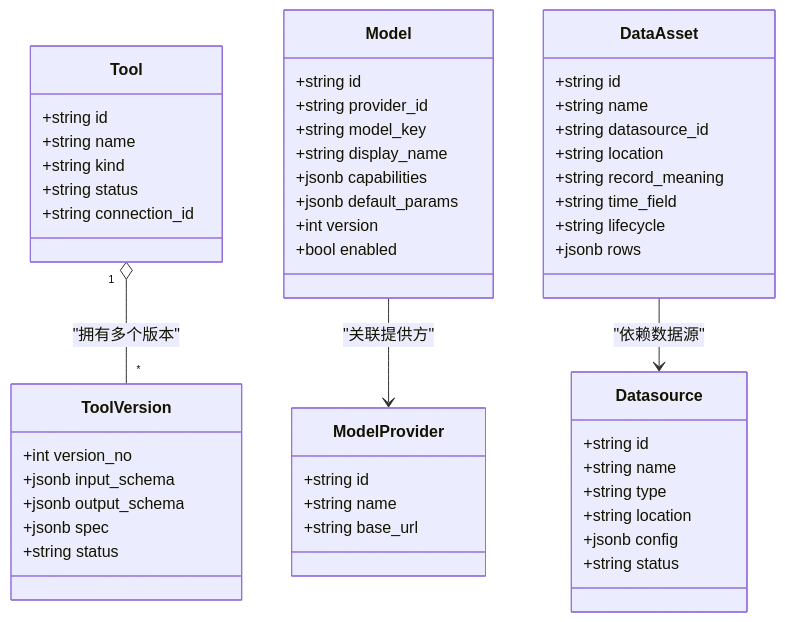
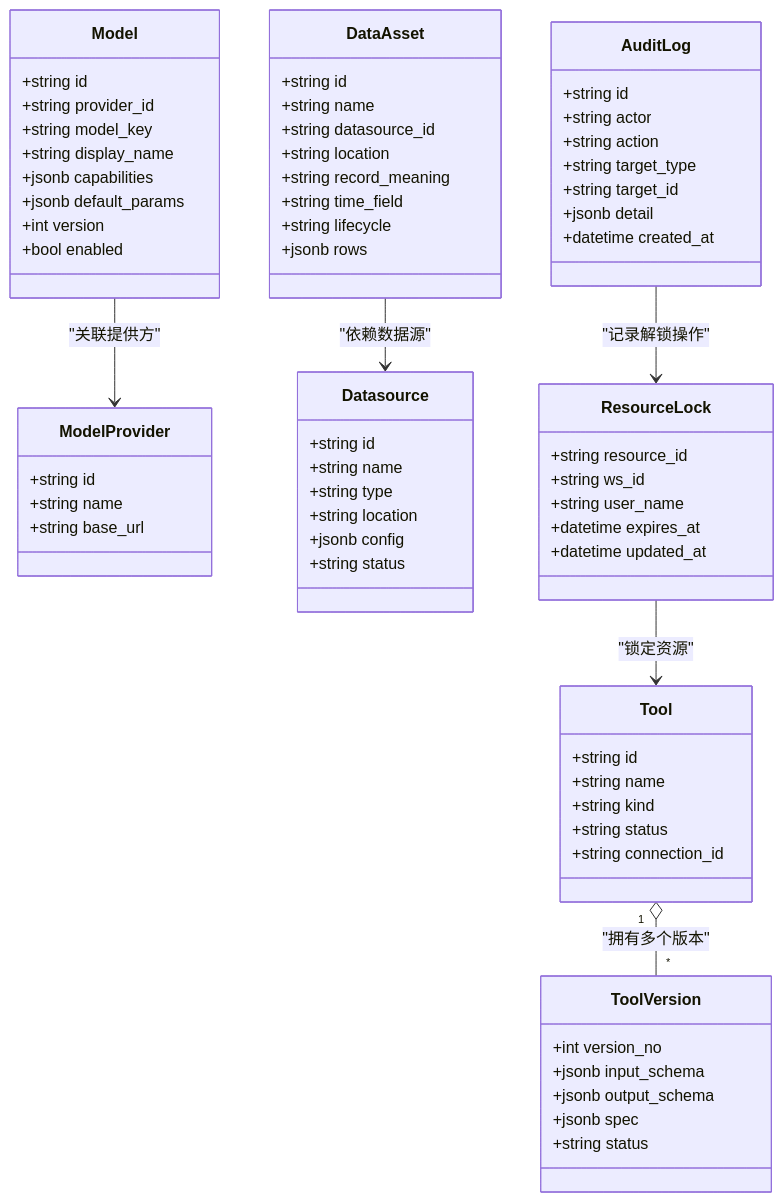
Before and after one commit to huiliuxu780/MoreThanCorn: the second of 2 diagrams in .qoder/repowiki/zh/content/资源管理域.md, drawn with Mermaid. The commit also changed other lines of this file and 125 other files, not shown here.

````diff
--- a/.qoder/repowiki/zh/content/资源管理域.md
+++ b/.qoder/repowiki/zh/content/资源管理域.md
@@ -112,53 +141,71 @@
 ```mermaid
 classDiagram
 class Tool {
 +string id
 +string name
 +string kind
 +string status
 +string connection_id
 }
 class ToolVersion {
 +int version_no
 +jsonb input_schema
 +jsonb output_schema
 +jsonb spec
 +string status
 }
 class Model {
 +string id
 +string provider_id
 +string model_key
 +string display_name
 +jsonb capabilities
 +jsonb default_params
 +int version
 +bool enabled
 }
 class ModelProvider {
 +string id
 +string name
 +string base_url
 }
 class Datasource {
 +string id
 +string name
 +string type
 +string location
 +jsonb config
 +string status
 }
 class DataAsset {
 +string id
 +string name
 +string datasource_id
 +string location
 +string record_meaning
 +string time_field
 +string lifecycle
 +jsonb rows
 }
+class ResourceLock {
++string resource_id
++string ws_id
++string user_name
++datetime expires_at
++datetime updated_at
+}
+class AuditLog {
++string id
++string actor
++string action
++string target_type
++string target_id
++jsonb detail
++datetime created_at
+}
 Tool "1" o-- "*" ToolVersion : "拥有多个版本"
 Model --> ModelProvider : "关联提供方"
 DataAsset --> Datasource : "依赖数据源"
+ResourceLock --> Tool : "锁定资源"
+AuditLog --> ResourceLock : "记录解锁操作"
 ```
````
